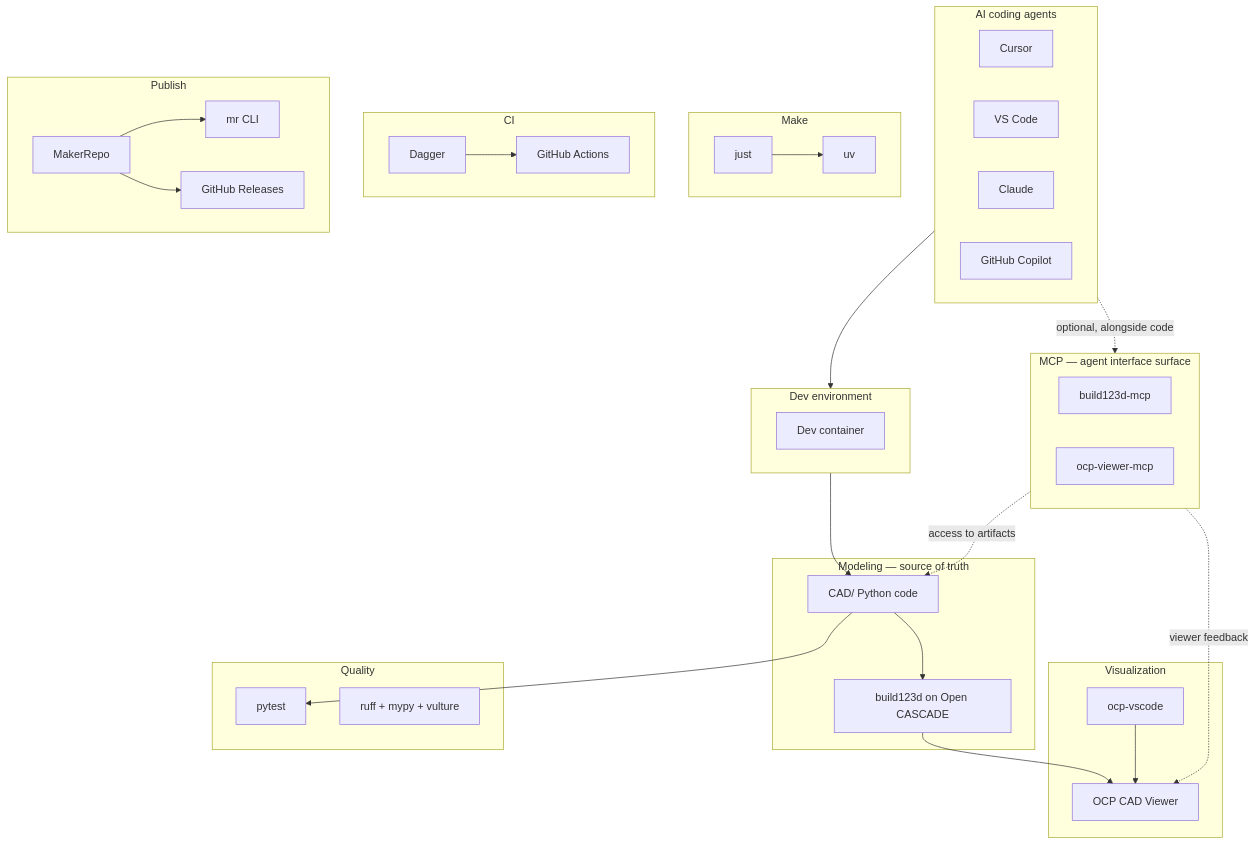
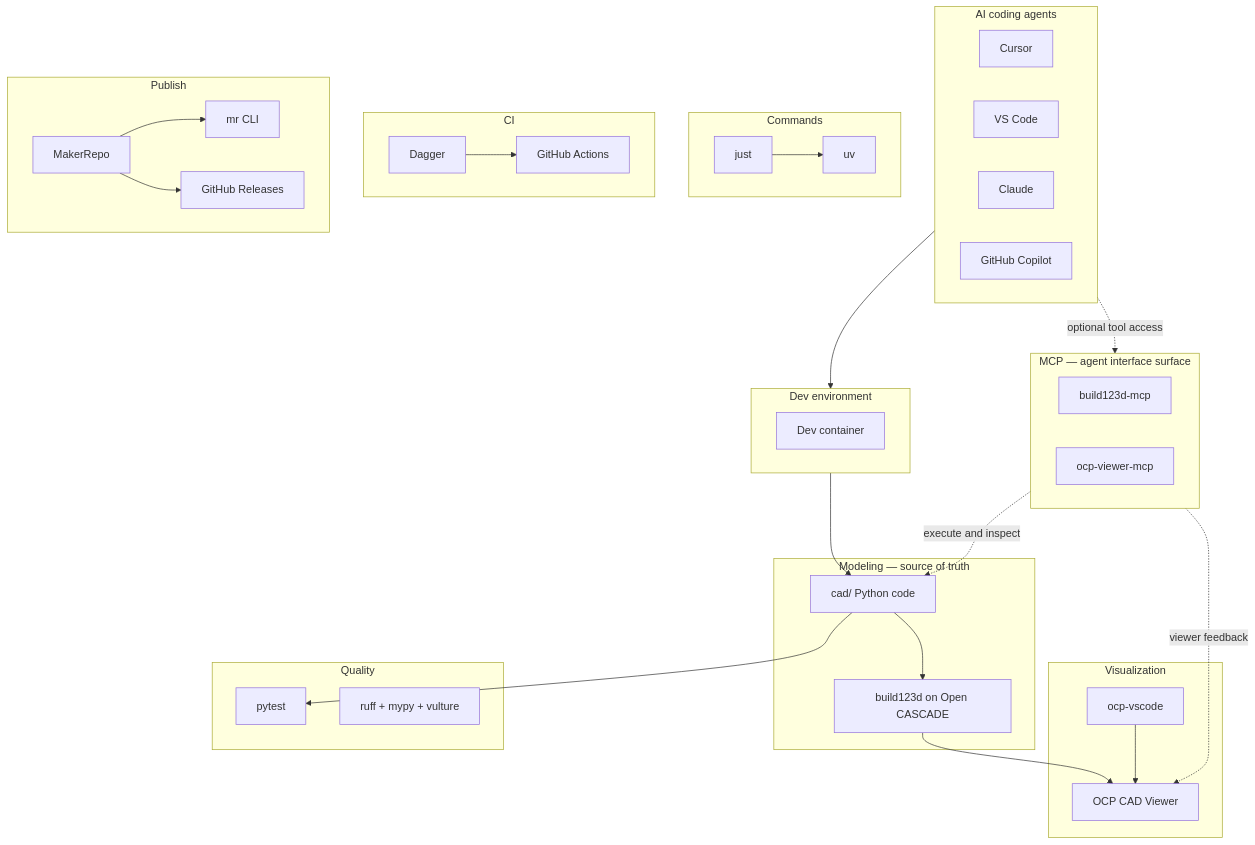
Before and after one commit to Coffee2Bits/CAD-as-Code-Template: the diagram in website/docs/intro.md, drawn with Mermaid. The commit also changed other lines of this file and 4 other files, not shown here.

````diff
--- a/website/docs/intro.md
+++ b/website/docs/intro.md
@@ -33,63 +32,63 @@
 ```mermaid
 flowchart TB
   subgraph agents["AI coding agents"]
     CURSOR["Cursor"]
     VSCODE["VS Code"]
     CLAUDE["Claude"]
     COPILOT["GitHub Copilot"]
   end
 
   subgraph ide["Dev environment"]
     DC["Dev container"]
   end
 
   subgraph mcp["MCP — agent interface surface"]
     B123MCP["build123d-mcp"]
     OCPMCP["ocp-viewer-mcp"]
   end
 
   subgraph model["Modeling — source of truth"]
-    CAD_SRC["CAD/ Python code"]
+    CAD_SRC["cad/ Python code"]
     B123D["build123d on Open CASCADE"]
   end
 
   subgraph viz["Visualization"]
     OCP["OCP CAD Viewer"]
     BRIDGE["ocp-vscode"]
   end
 
   subgraph quality["Quality"]
     PYTEST["pytest"]
     RUFF["ruff + mypy + vulture"]
   end
 
-  subgraph make["Make"]
+  subgraph make["Commands"]
     JUST["just"]
     UV["uv"]
   end
 
   subgraph ci["CI"]
     DAGGER["Dagger"]
     GHA["GitHub Actions"]
   end
 
   subgraph publish["Publish"]
     MR["MakerRepo"]
     MRCLI["mr CLI"]
     REL["GitHub Releases"]
   end
 
   agents --> ide
-  agents -.->|"optional, alongside code"| mcp
+  agents -.->|"optional tool access"| mcp
   ide --> CAD_SRC
-  mcp -.->|"access to artifacts"| CAD_SRC
+  mcp -.->|"execute and inspect"| CAD_SRC
   mcp -.->|"viewer feedback"| OCP
   CAD_SRC --> B123D
   B123D --> OCP
   BRIDGE --> OCP
   CAD_SRC --> PYTEST
   JUST --> UV
   DAGGER --> GHA
   MR --> MRCLI
   MR --> REL
 ```
````
